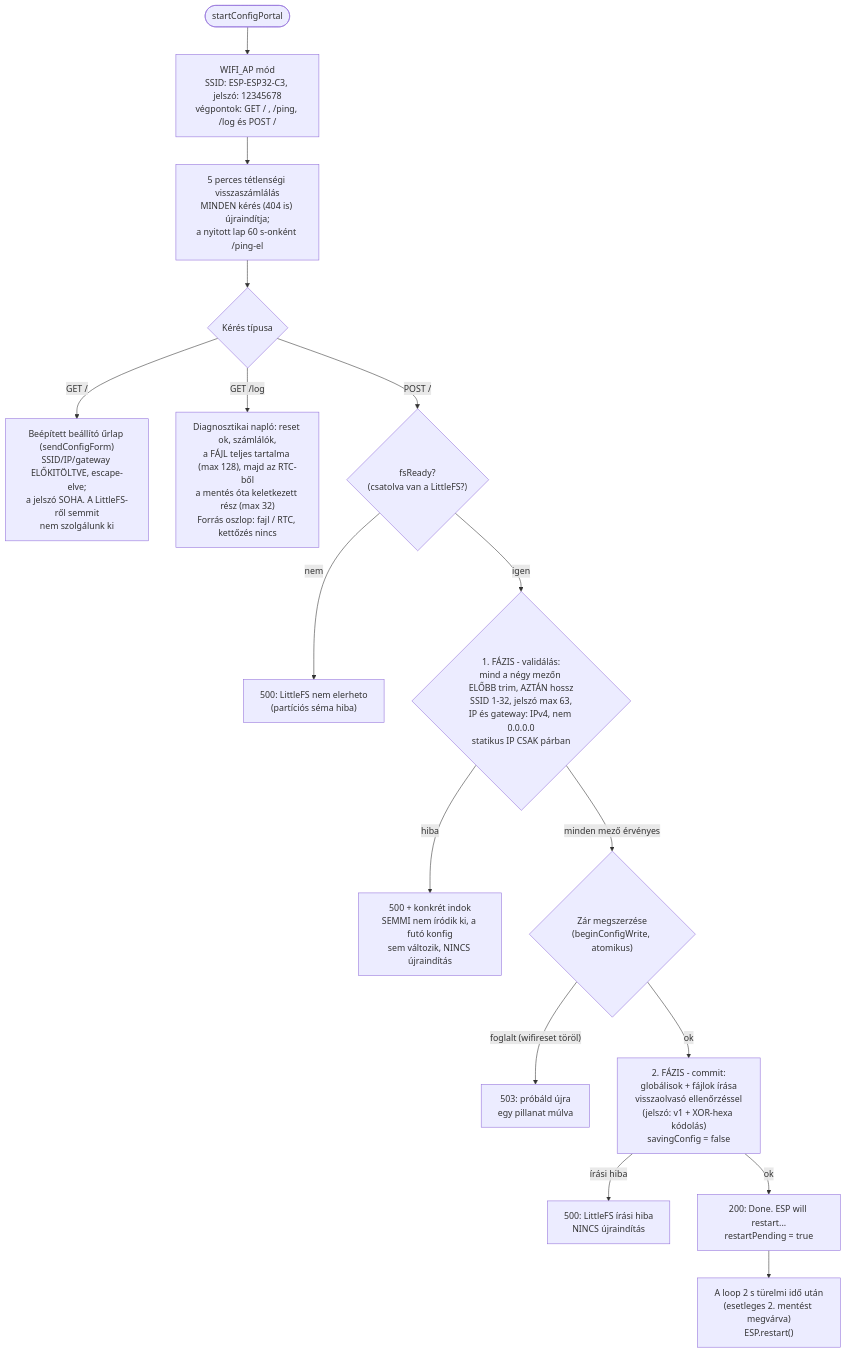
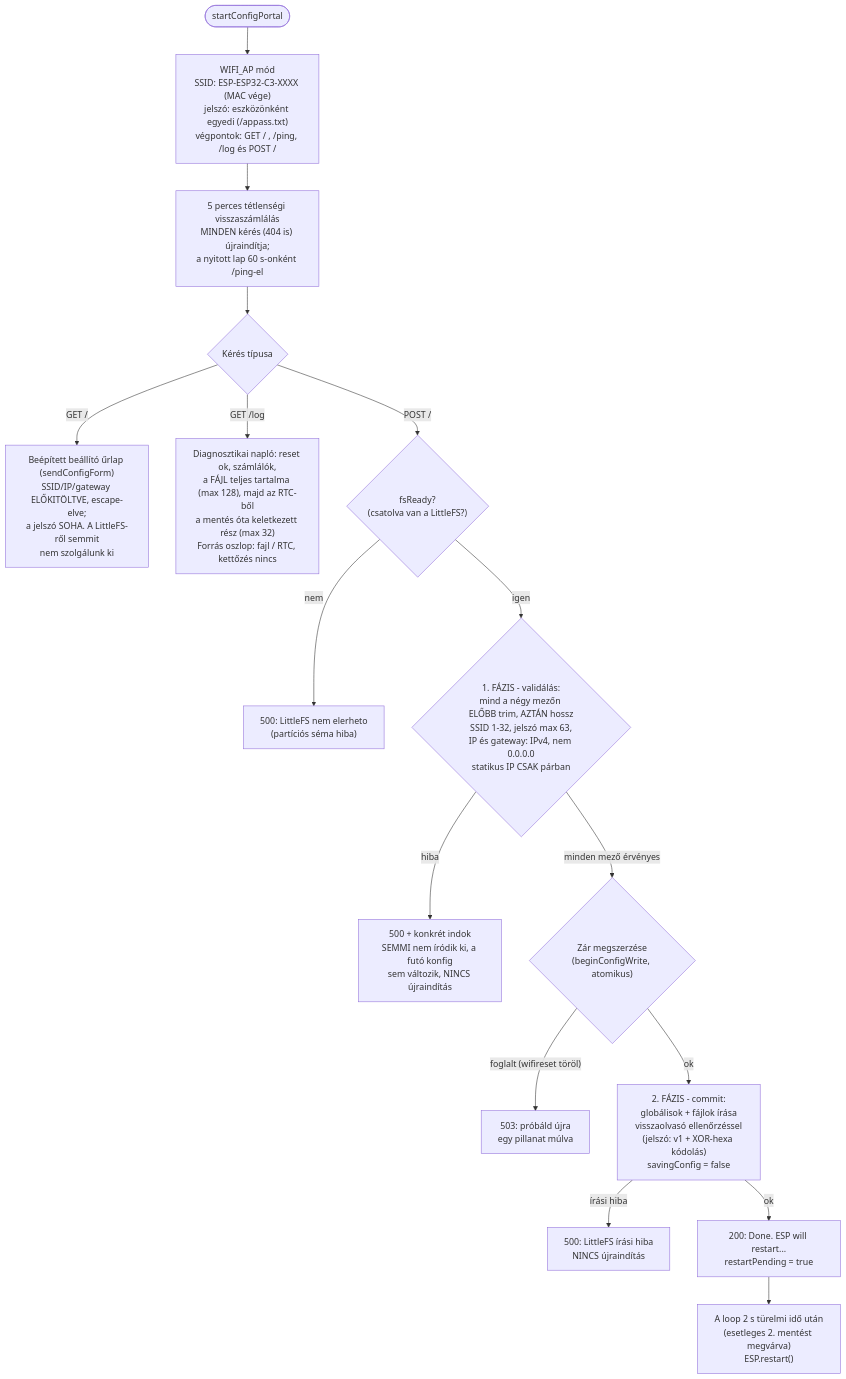
The seventh of 9 diagrams in FOLYAMATABRA.md (manszabi/bazsi-router-reboot), drawn with Mermaid before and after one commit. The commit also changed 9 other files, not shown here.

````diff
--- a/FOLYAMATABRA.md
+++ b/FOLYAMATABRA.md
@@ -234,18 +234,18 @@
 ```mermaid
 flowchart TD
-    IN([startConfigPortal]) --> AP["WIFI_AP mód<br>SSID: ESP-ESP32-C3, jelszó: 12345678<br>végpontok: GET / , /ping, /log és POST /"]
+    IN([startConfigPortal]) --> AP["WIFI_AP mód<br>SSID: ESP-ESP32-C3-XXXX (MAC vége)<br>jelszó: eszközönként egyedi (/appass.txt)<br>végpontok: GET / , /ping, /log és POST /"]
     AP --> IDLE["5 perces tétlenségi visszaszámlálás<br>MINDEN kérés (404 is) újraindítja;<br>a nyitott lap 60 s-onként /ping-el"]
     IDLE --> REQ{Kérés típusa}
     REQ -->|"GET /"| FORM["Beépített beállító űrlap (sendConfigForm)<br>SSID/IP/gateway ELŐKITÖLTVE, escape-elve;<br>a jelszó SOHA. A LittleFS-ről semmit<br>nem szolgálunk ki"]
     REQ -->|"GET /log"| LOG["Diagnosztikai napló: reset ok, számlálók,<br>a FÁJL teljes tartalma (max 128), majd az RTC-ből<br>a mentés óta keletkezett rész (max 32)<br>Forrás oszlop: fajl / RTC, kettőzés nincs"]
     REQ -->|"POST /"| FSOK{"fsReady?<br>(csatolva van a LittleFS?)"}
     FSOK -->|nem| E500F["500: LittleFS nem elerheto<br>(partíciós séma hiba)"]
     FSOK -->|igen| VAL{"1. FÁZIS - validálás:<br>mind a négy mezőn ELŐBB trim, AZTÁN hossz<br>SSID 1-32, jelszó max 63,<br>IP és gateway: IPv4, nem 0.0.0.0<br>statikus IP CSAK párban"}
     VAL -->|hiba| E500["500 + konkrét indok<br>SEMMI nem íródik ki, a futó konfig<br>sem változik, NINCS újraindítás"]
     VAL -->|"minden mező érvényes"| LOCK{"Zár megszerzése<br>(beginConfigWrite, atomikus)"}
     LOCK -->|"foglalt (wifireset töröl)"| E503["503: próbáld újra<br>egy pillanat múlva"]
     LOCK -->|ok| SAVE["2. FÁZIS - commit:<br>globálisok + fájlok írása<br>visszaolvasó ellenőrzéssel<br>(jelszó: v1 + XOR-hexa kódolás)<br>savingConfig = false"]
     SAVE -->|"írási hiba"| E500W["500: LittleFS írási hiba<br>NINCS újraindítás"]
     SAVE -->|ok| R200["200: Done. ESP will restart...<br>restartPending = true"]
     R200 --> DEF["A loop 2 s türelmi idő után<br>(esetleges 2. mentést megvárva)<br>ESP.restart()"]
 ```
````
